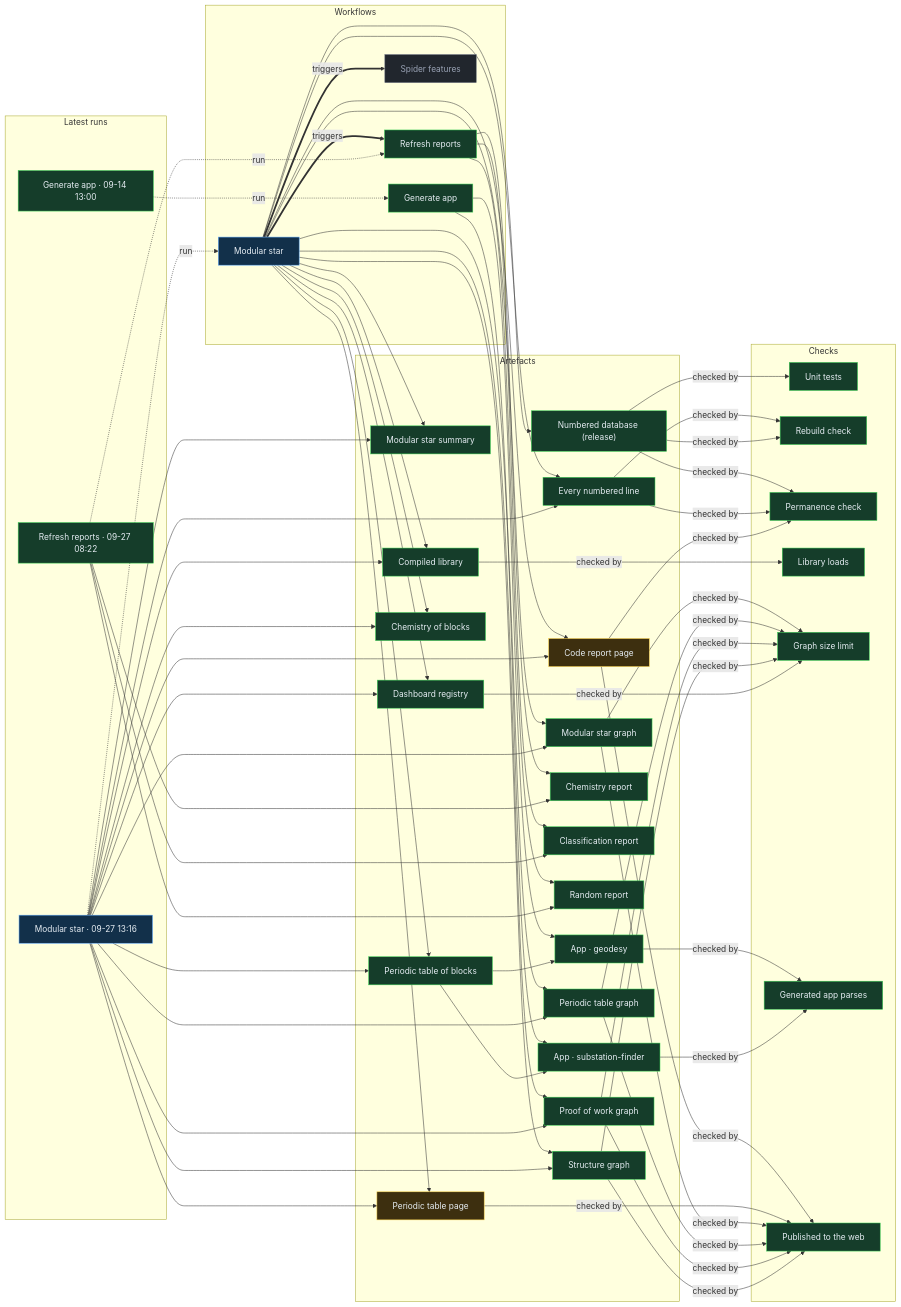
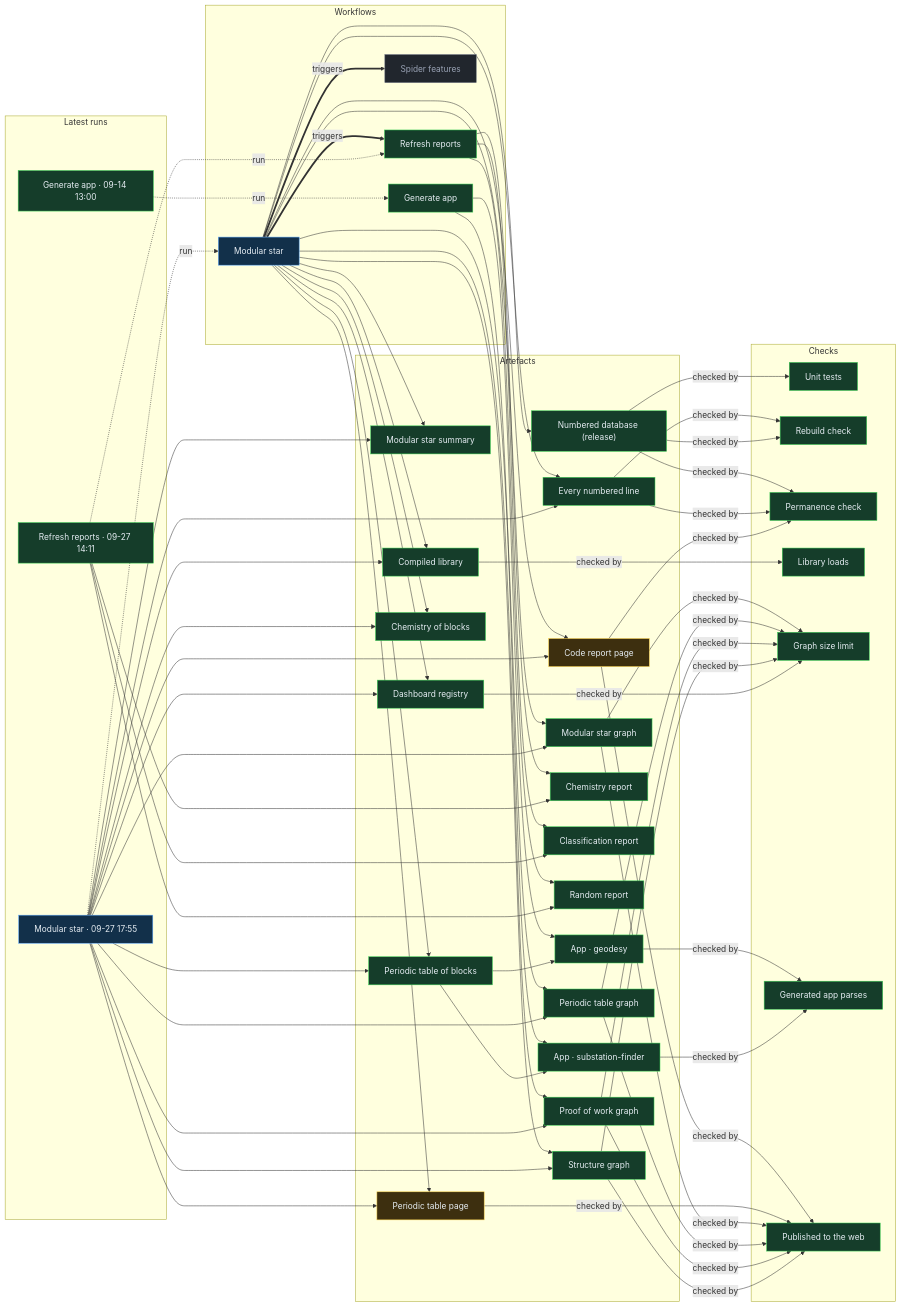
One commit to Ventusltd/stars changed the diagram in proof/PROOF.md. Above: the diagram before and after it, drawn with Mermaid. The commit also changed other lines of this file and 150 other files, not shown here.

Commit message:
Modular star 2026-09-27T17:58Z

```diff
--- a/proof/PROOF.md
+++ b/proof/PROOF.md
@@ -24,8 +24,8 @@
   n_wf_spider_features["Spider features"]:::off
   end
   subgraph g_runs["Latest runs"]
-  n_run_36321821991["Modular star · 09-27 13:16"]:::live
-  n_run_36306002251["Refresh reports · 09-27 08:22"]:::ok
+  n_run_36338727605["Modular star · 09-27 17:55"]:::live
+  n_run_36325027413["Refresh reports · 09-27 14:11"]:::ok
   n_run_34846587798["Generate app · 09-14 13:00"]:::ok
   end
   subgraph g_artefacts["Artefacts"]
@@ -59,39 +59,39 @@
   end
   n_wf_modular_star == triggers ==> n_wf_refresh
   n_wf_modular_star == triggers ==> n_wf_spider_features
-  n_run_36321821991 -. run .-> n_wf_modular_star
-  n_run_36306002251 -. run .-> n_wf_refresh
+  n_run_36338727605 -. run .-> n_wf_modular_star
+  n_run_36325027413 -. run .-> n_wf_refresh
   n_run_34846587798 -. run .-> n_wf_generate
   n_wf_modular_star --> n_art_summary
-  n_run_36321821991 --> n_art_summary
+  n_run_36338727605 --> n_art_summary
   n_wf_modular_star --> n_art_lines
-  n_run_36321821991 --> n_art_lines
+  n_run_36338727605 --> n_art_lines
   n_wf_modular_star --> n_art_code
-  n_run_36321821991 --> n_art_code
+  n_run_36338727605 --> n_art_code
   n_wf_modular_star --> n_art_modular_graph
-  n_run_36321821991 --> n_art_modular_graph
+  n_run_36338727605 --> n_art_modular_graph
   n_wf_modular_star --> n_art_blocks
-  n_run_36321821991 --> n_art_blocks
+  n_run_36338727605 --> n_art_blocks
   n_wf_modular_star --> n_art_table
-  n_run_36321821991 --> n_art_table
+  n_run_36338727605 --> n_art_table
   n_wf_modular_star --> n_art_blocks_graph
-  n_run_36321821991 --> n_art_blocks_graph
+  n_run_36338727605 --> n_art_blocks_graph
   n_wf_modular_star --> n_art_reactions
-  n_run_36321821991 --> n_art_reactions
+  n_run_36338727605 --> n_art_reactions
   n_wf_modular_star --> n_art_library
-  n_run_36321821991 --> n_art_library
+  n_run_36338727605 --> n_art_library
   n_wf_modular_star --> n_art_features
-  n_run_36321821991 --> n_art_features
+  n_run_36338727605 --> n_art_features
   n_wf_modular_star --> n_art_proof
-  n_run_36321821991 --> n_art_proof
+  n_run_36338727605 --> n_art_proof
   n_wf_modular_star --> n_art_structure
-  n_run_36321821991 --> n_art_structure
+  n_run_36338727605 --> n_art_structure
   n_wf_refresh --> n_art_chemistry
-  n_run_36306002251 --> n_art_chemistry
+  n_run_36325027413 --> n_art_chemistry
   n_wf_refresh --> n_art_vedic
-  n_run_36306002251 --> n_art_vedic
+  n_run_36325027413 --> n_art_vedic
   n_wf_refresh --> n_art_random
-  n_run_36306002251 --> n_art_random
+  n_run_36325027413 --> n_art_random
   n_wf_modular_star --> n_art_release
   n_wf_generate --> n_app_geodesy
   n_art_blocks --> n_app_geodesy
```
